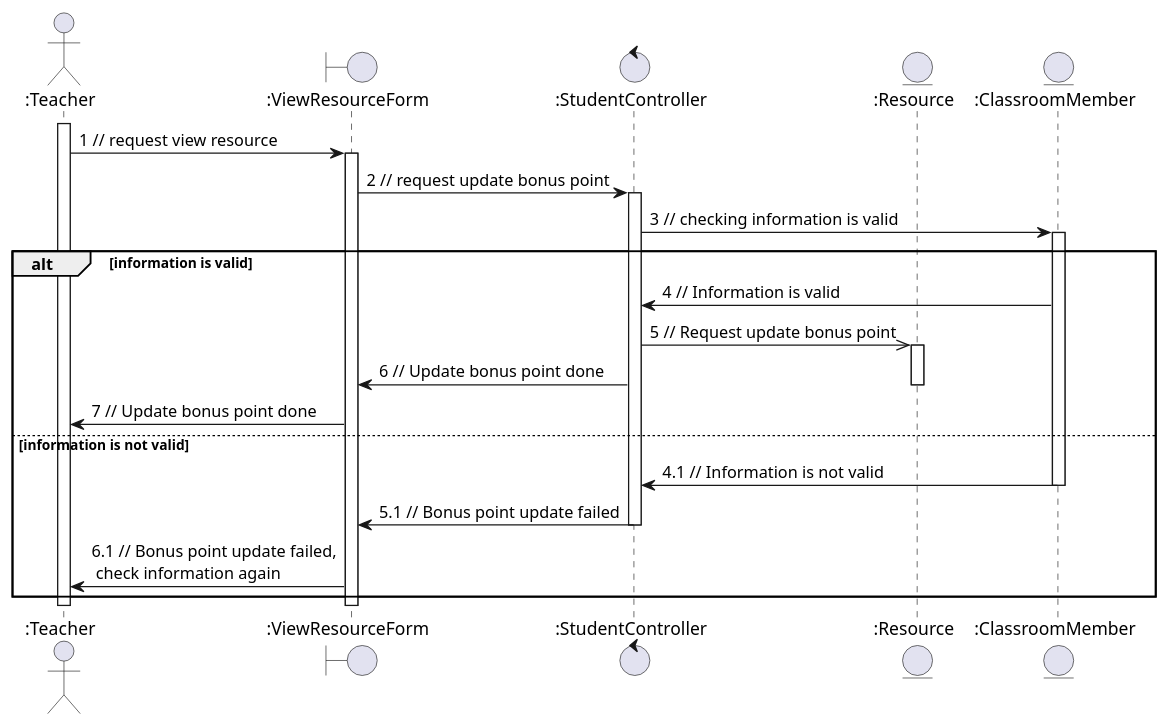
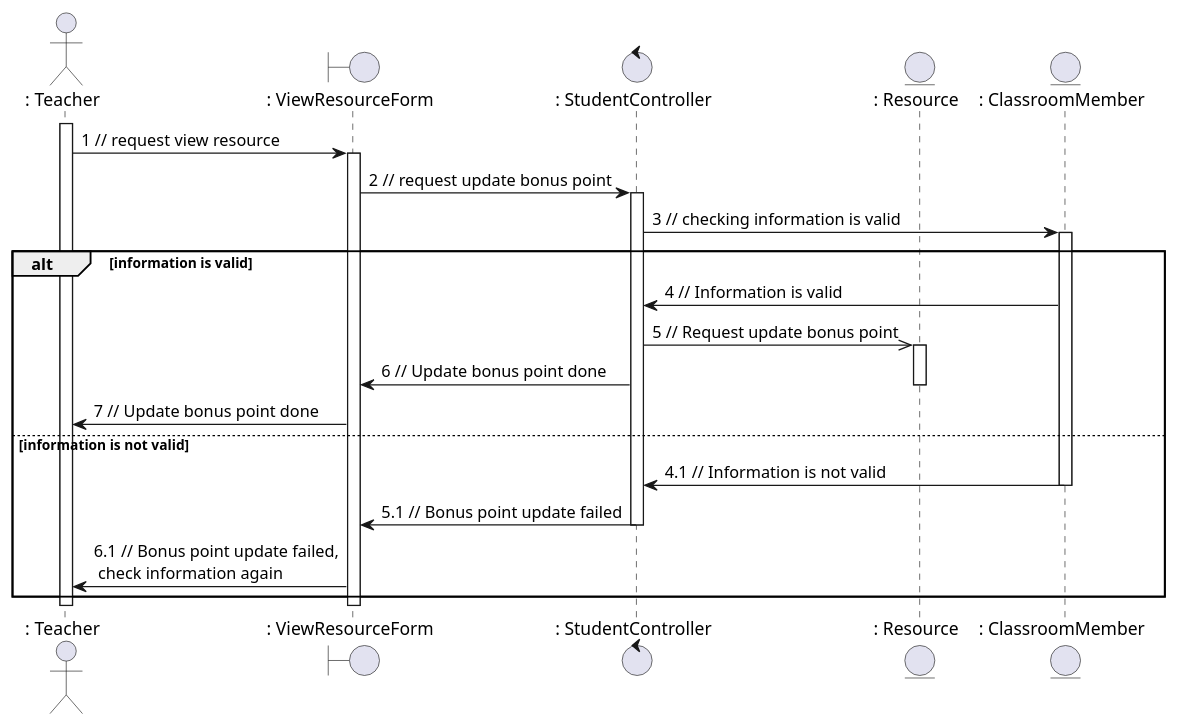
Before and after one commit to anonyhostvn/OOAD-Diagram: the diagram in sequence - analaysis/resource/viewResource.plantuml, drawn with PlantUML.

Commit message:
lat dot sua code

```diff
--- a/sequence - analaysis/resource/viewResource.plantuml
+++ b/sequence - analaysis/resource/viewResource.plantuml
@@ -1,36 +1,36 @@
 @startuml updateBonusPoint
 
-actor ":Teacher"
-boundary ":ViewResourceForm"
-control ":StudentController"
-entity ":Resource"
-entity ":ClassroomMember"
+actor ": Teacher"
+boundary ": ViewResourceForm"
+control ": StudentController"
+entity ": Resource"
+entity ": ClassroomMember"
 
-activate ":Teacher"
+activate ": Teacher"
 
-":Teacher" -> ":ViewResourceForm":1 // request view resource 
-activate ":ViewResourceForm"
-":ViewResourceForm" -> ":StudentController":2 // request update bonus point
-activate ":StudentController"
-":StudentController" -> ":ClassroomMember":3 // checking information is valid
-activate ":ClassroomMember"
+": Teacher" -> ": ViewResourceForm": 1 // request view resource 
+activate ": ViewResourceForm"
+": ViewResourceForm" -> ": StudentController": 2 // request update bonus point
+activate ": StudentController"
+": StudentController" -> ": ClassroomMember": 3 // checking information is valid
+activate ": ClassroomMember"
 alt information is valid
-    ":ClassroomMember" -> ":StudentController":4 // Information is valid
-    ":StudentController" ->> ":Resource":5 // Request update bonus point
-    activate ":Resource"
-    ":StudentController" -> ":ViewResourceForm":6 // Update bonus point done
-    deactivate ":Resource"
-    ":ViewResourceForm" -> ":Teacher":7 // Update bonus point done
+    ": ClassroomMember" -> ": StudentController": 4 // Information is valid
+    ": StudentController" ->> ": Resource": 5 // Request update bonus point
+    activate ": Resource"
+    ": StudentController" -> ": ViewResourceForm": 6 // Update bonus point done
+    deactivate ": Resource"
+    ": ViewResourceForm" -> ": Teacher": 7 // Update bonus point done
 else information is not valid
-    ":ClassroomMember" -> ":StudentController":4.1 // Information is not valid
-    deactivate ":ClassroomMember"
-    ":StudentController" -> ":ViewResourceForm":5.1 // Bonus point update failed
-    deactivate ":StudentController"
-    ":ViewResourceForm" -> ":Teacher":6.1 // Bonus point update failed,\n check information again
+    ": ClassroomMember" -> ": StudentController": 4.1 // Information is not valid
+    deactivate ": ClassroomMember"
+    ": StudentController" -> ": ViewResourceForm": 5.1 // Bonus point update failed
+    deactivate ": StudentController"
+    ": ViewResourceForm" -> ": Teacher": 6.1 // Bonus point update failed,\n check information again
 end
 
-deactivate ":Teacher"
-deactivate ":ViewResourceForm"
+deactivate ": Teacher"
+deactivate ": ViewResourceForm"
 
 
 @enduml
```
